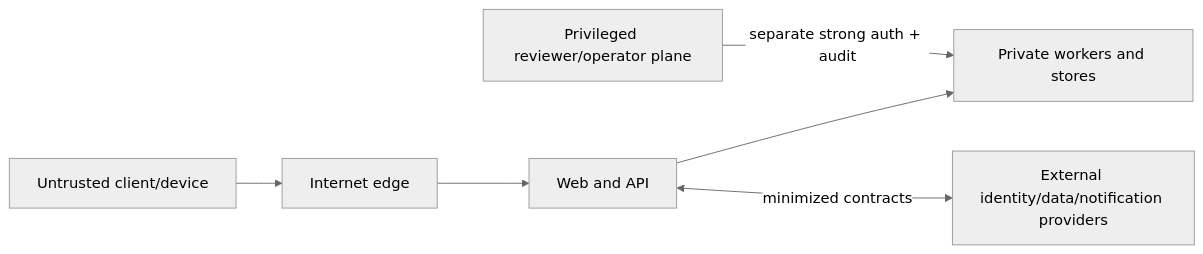
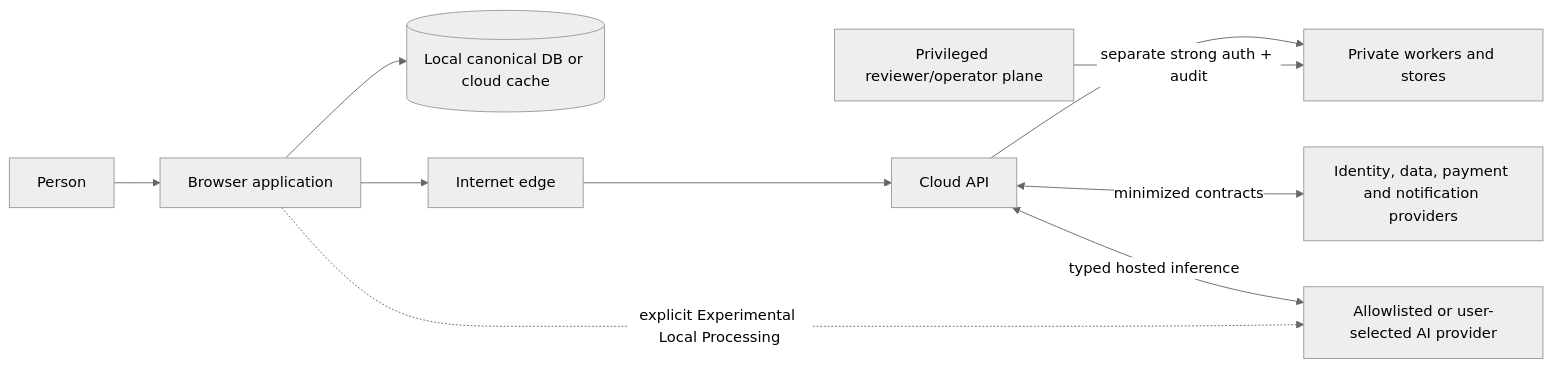
The diagram in docs/security-privacy/threat-model.md (shari-ar/Nutrixx), drawn with Mermaid (neutral theme) before and after one commit. The commit also changed other lines of this file and 44 other files, not shown here.

Commit message:
docs: define local-first product architecture

````diff
--- a/docs/security-privacy/threat-model.md
+++ b/docs/security-privacy/threat-model.md
@@ -22,13 +24,19 @@
 ```mermaid
 flowchart LR
-    USER[Untrusted client/device]
+    USER[Person]
+    WEB[Browser application]
+    LDB[(Local canonical DB or cloud cache)]
     EDGE[Internet edge]
-    APP[Web and API]
+    APP[Cloud API]
     PRIV[Private workers and stores]
     ADMIN[Privileged reviewer/operator plane]
-    EXT[External identity/data/notification providers]
+    EXT[Identity, data, payment and notification providers]
+    AI[Allowlisted or user-selected AI provider]
 
-    USER --> EDGE --> APP --> PRIV
+    USER --> WEB --> LDB
+    WEB --> EDGE --> APP --> PRIV
     ADMIN -->|separate strong auth + audit| PRIV
     APP <-->|minimized contracts| EXT
+    APP <-->|typed hosted inference| AI
+    WEB -. explicit Experimental Local Processing .-> AI
 ```
````
